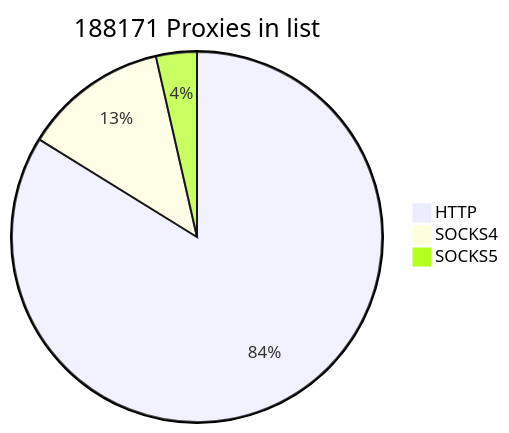
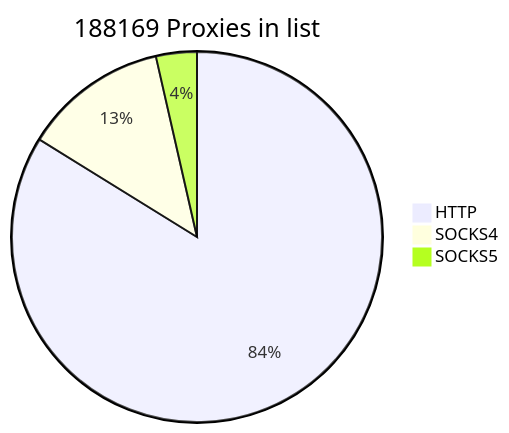
One commit to cutipu/proxylist changed the first of 2 diagrams in README.md. Above: the diagram before and after it, drawn with Mermaid. The commit also changed other lines of this file, not shown here.

````diff
--- a/README.md
+++ b/README.md
@@ -2,7 +2,7 @@
 ```mermaid
-pie title 188171 Proxies in list
-    "HTTP" : 157718
-    "SOCKS4" : 23747
+pie title 188169 Proxies in list
+    "HTTP" : 157720
+    "SOCKS4" : 23743
     "SOCKS5" : 6706
             
 ```
````
